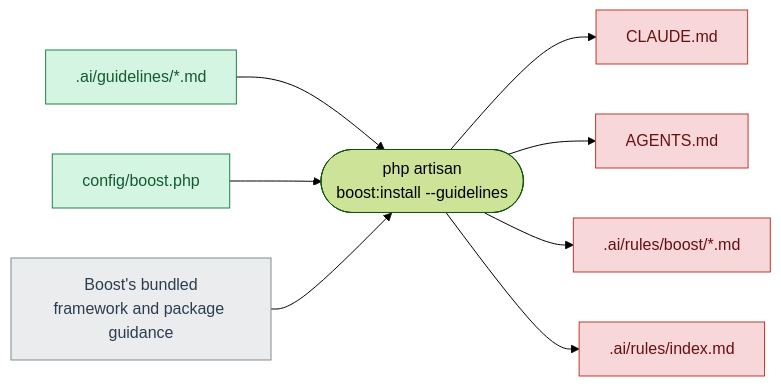
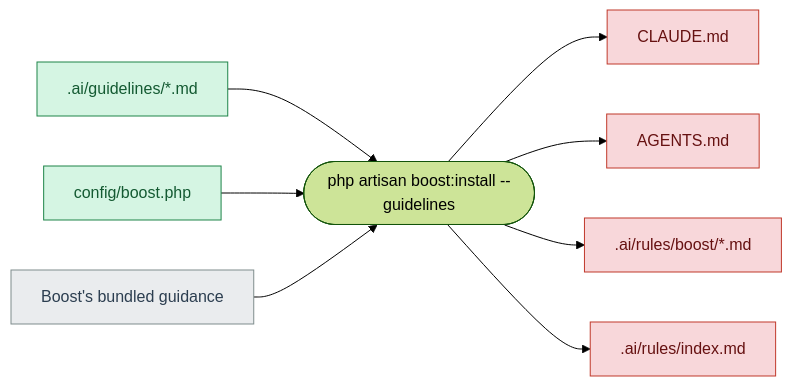
Before and after one commit to uberbrady/snipe-it: the first of 2 diagrams in .ai/README.md, drawn with Mermaid (forest theme). The commit also changed other lines of this file, not shown here.

Commit message:
Improve diagrams

````diff
--- a/.ai/README.md
+++ b/.ai/README.md
@@ -24,28 +24,28 @@
 ```mermaid
 flowchart LR
     G[".ai/guidelines/*.md"]
     CFG["config/boost.php"]
-    V["Boost's bundled<br/>framework and package guidance"]
+    V["Boost's bundled guidance"]
 
-    BI(["php artisan<br/>boost:install --guidelines"])
+    BI(["php artisan boost:install --guidelines"])
 
     CLAUDE["CLAUDE.md"]
     AGENTS["AGENTS.md"]
     BR[".ai/rules/boost/*.md"]
     IDX[".ai/rules/index.md"]
 
     G --> BI
     CFG --> BI
     V --> BI
     BI --> CLAUDE
     BI --> AGENTS
     BI --> BR
     BI --> IDX
 
     classDef edit fill:#d5f5e3,stroke:#1e8449,color:#145a32;
     classDef gen fill:#f8d7da,stroke:#c0392b,color:#611;
     classDef vendor fill:#eaecee,stroke:#7f8c8d,color:#2c3e50;
     class G,CFG edit;
     class CLAUDE,AGENTS,BR,IDX gen;
     class V vendor;
 ```
````
